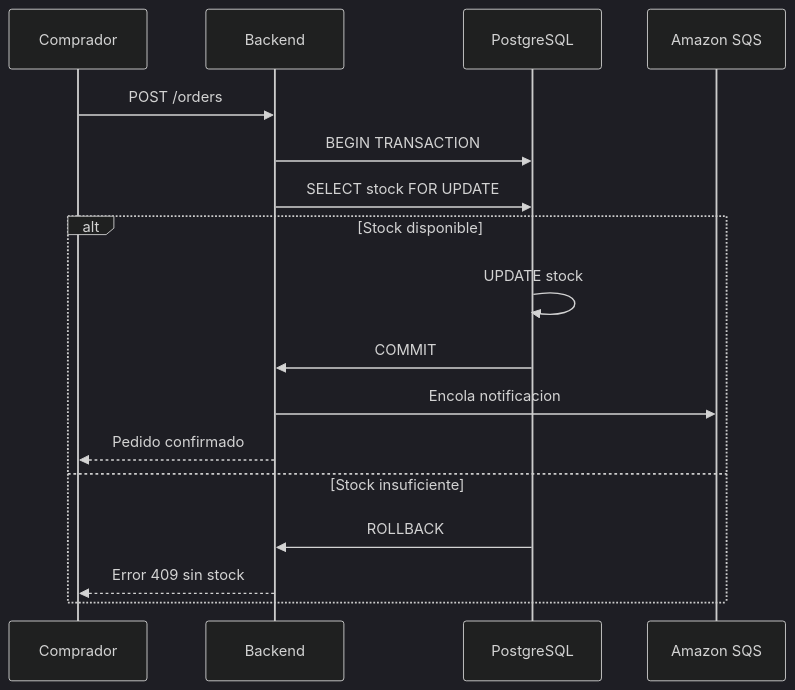
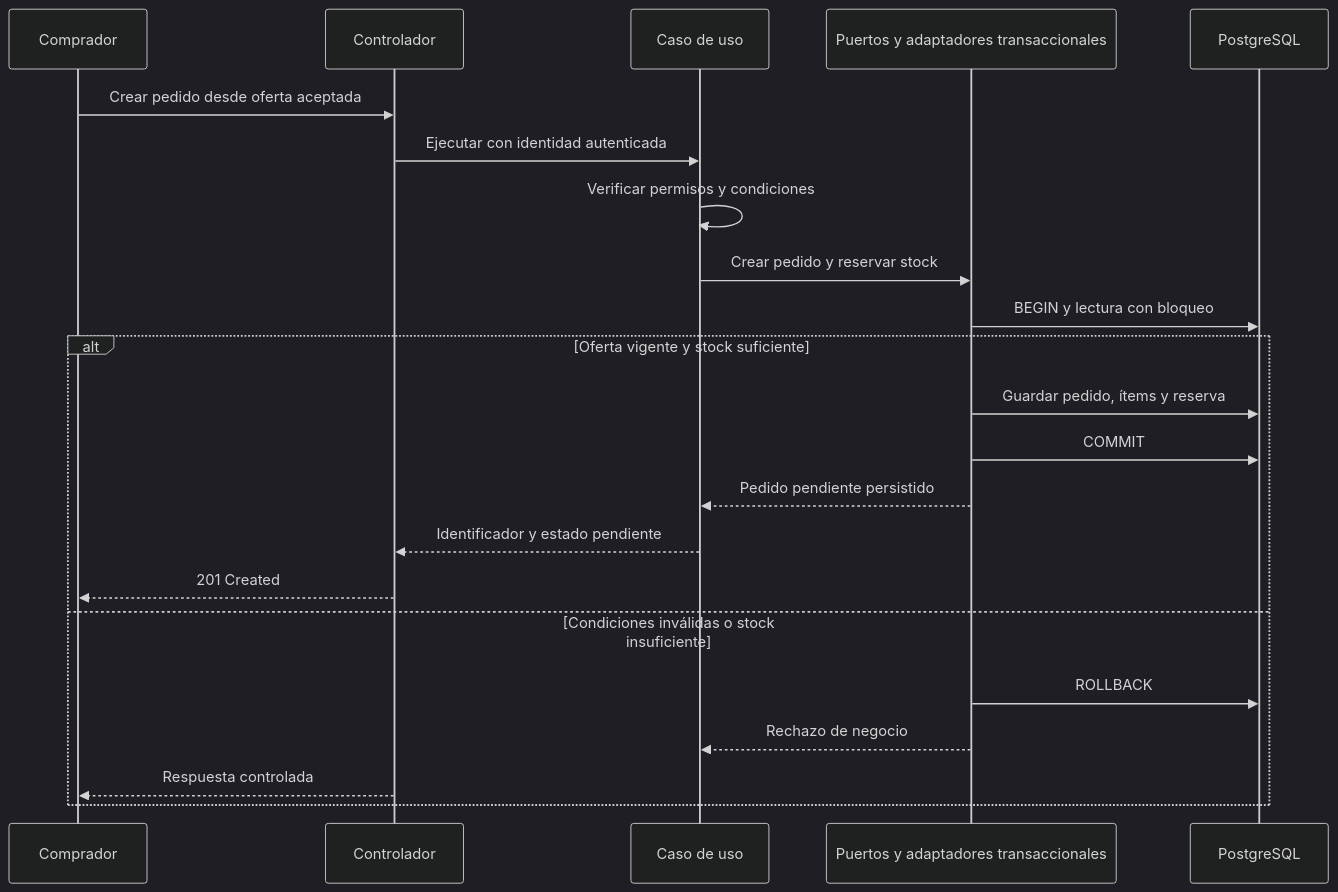
The second of 2 diagrams in docs/02-arquitectura-software/componentes-arquitectonicos.md (Yeltsin-MC/MayoristaPro-B2B-ArquitSoft), drawn with Mermaid (dark theme) before and after one commit. The commit also changed other lines of this file and 4 other files, not shown here.

````diff
--- a/docs/02-arquitectura-software/componentes-arquitectonicos.md
+++ b/docs/02-arquitectura-software/componentes-arquitectonicos.md
@@ -177,20 +52,24 @@
 ```mermaid
 sequenceDiagram
     participant C as Comprador
-    participant API as Backend
+    participant API as Controlador
+    participant UC as Caso de uso
+    participant TX as Puertos y adaptadores transaccionales
     participant PG as PostgreSQL
-    participant SQS as Amazon SQS
-
-    C->>API: POST /orders
-    API->>PG: BEGIN TRANSACTION
-    API->>PG: SELECT stock FOR UPDATE
-    alt Stock disponible
-        PG->>PG: UPDATE stock
-        PG->>API: COMMIT
-        API->>SQS: Encola notificacion
-        API-->>C: Pedido confirmado
-    else Stock insuficiente
-        PG->>API: ROLLBACK
-        API-->>C: Error 409 sin stock
+    C->>API: Crear pedido desde oferta aceptada
+    API->>UC: Ejecutar con identidad autenticada
+    UC->>UC: Verificar permisos y condiciones
+    UC->>TX: Crear pedido y reservar stock
+    TX->>PG: BEGIN y lectura con bloqueo
+    alt Oferta vigente y stock suficiente
+        TX->>PG: Guardar pedido, ítems y reserva
+        TX->>PG: COMMIT
+        TX-->>UC: Pedido pendiente persistido
+        UC-->>API: Identificador y estado pendiente
+        API-->>C: 201 Created
+    else Condiciones inválidas o stock insuficiente
+        TX->>PG: ROLLBACK
+        TX-->>UC: Rechazo de negocio
+        API-->>C: Respuesta controlada
     end
 ```
````
